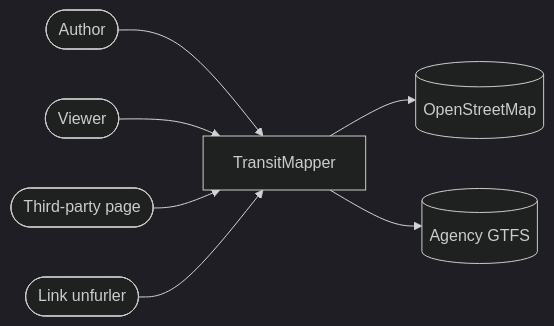
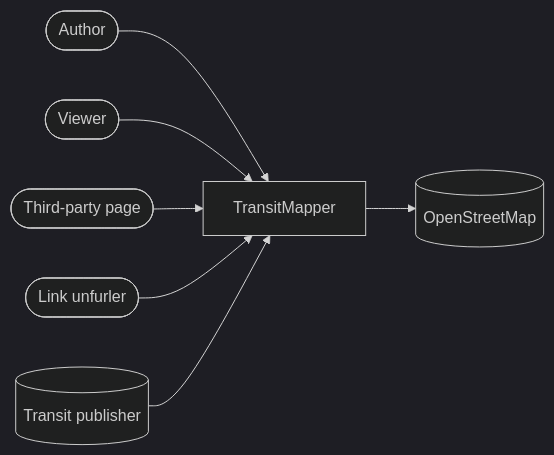
Before and after one commit to LasVegasForTransit/transit-mapper: the first of 9 diagrams in docs/development/explanation/architecture.md, drawn with Mermaid (dark theme). The commit also changed other lines of this file and 36 other files, not shown here.

````diff
--- a/docs/development/explanation/architecture.md
+++ b/docs/development/explanation/architecture.md
@@ -117,9 +117,9 @@
 ```mermaid
 flowchart LR
   author([Author]) --> tm[TransitMapper]
   viewer([Viewer]) --> tm
   page([Third-party page]) --> tm
   unfurler([Link unfurler]) --> tm
   tm --> osm[(OpenStreetMap)]
-  tm --> gtfs[(Agency GTFS)]
+  gtfs[(Transit publisher)] --> tm
 ```
````
